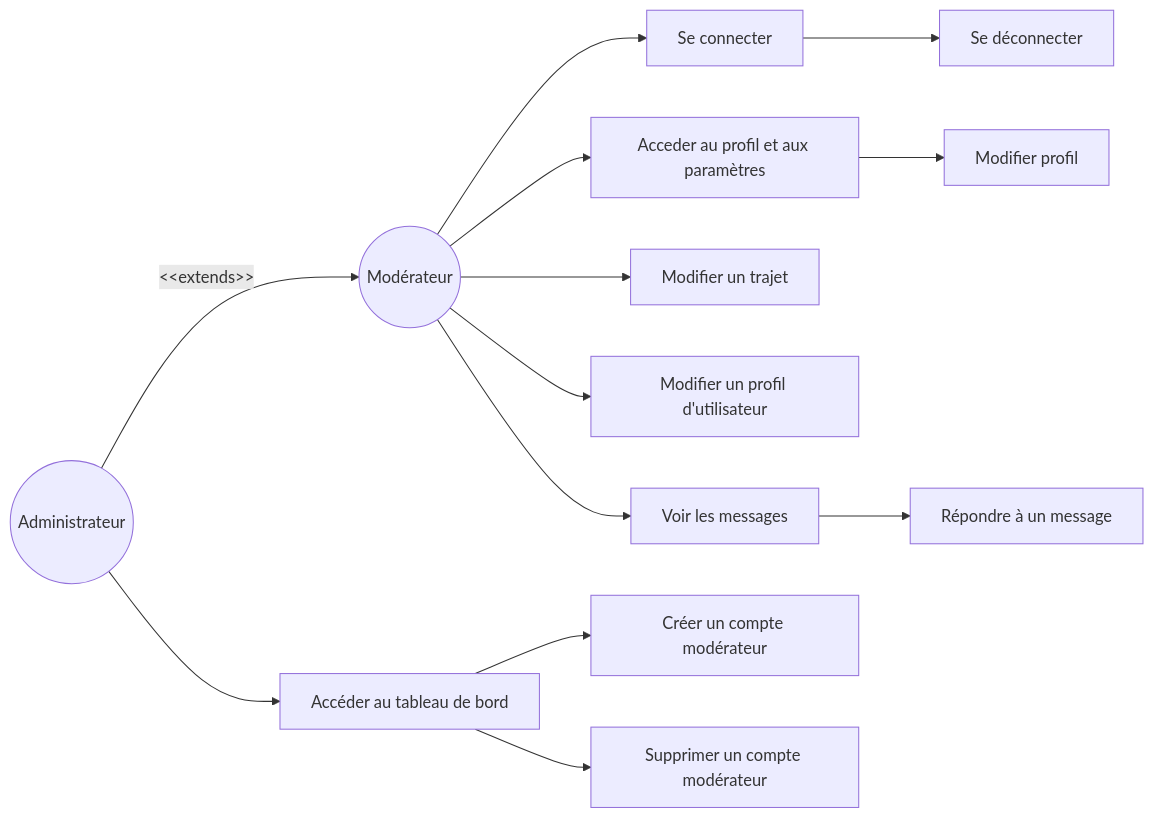
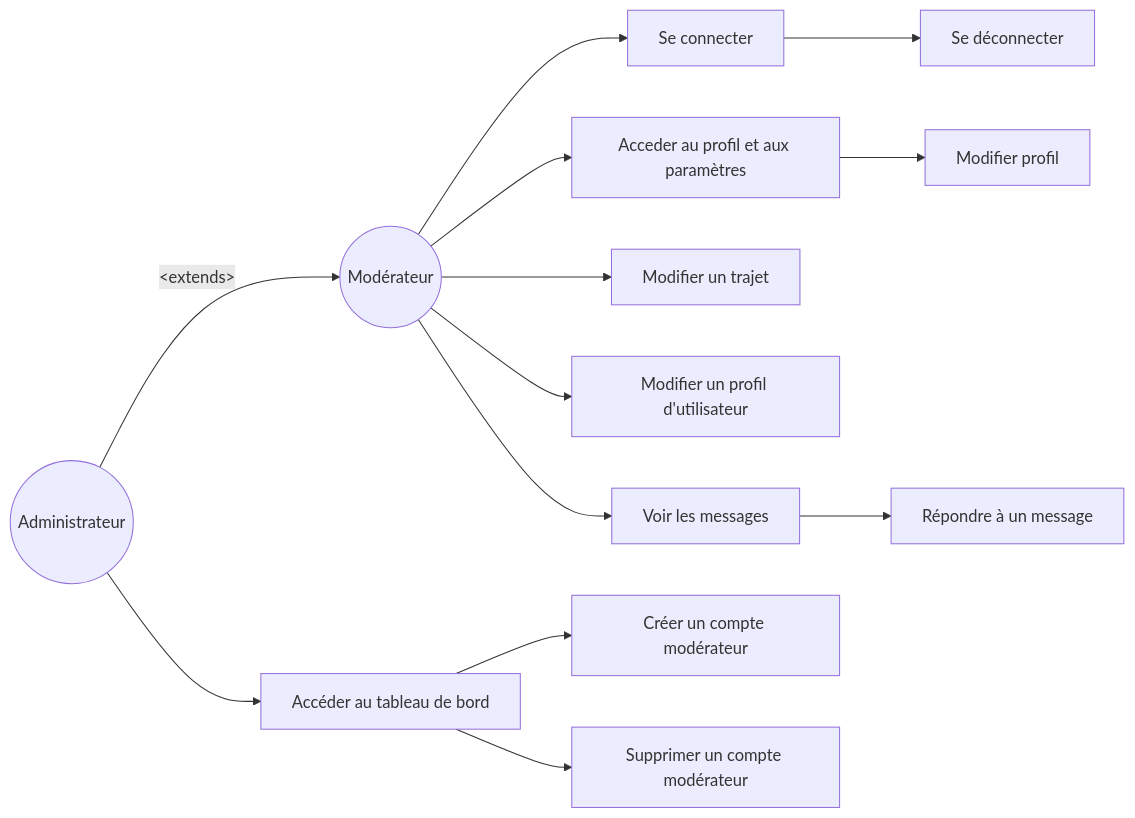
Before and after one commit to Anarchick/EcoRide: the diagram in diagrams/flowchart/usecase2.mmd, drawn with Mermaid. The commit also changed 3 other files, not shown here.

Commit message:
update diagrams

```diff
--- a/diagrams/flowchart/usecase2.mmd
+++ b/diagrams/flowchart/usecase2.mmd
@@ -1,18 +1,18 @@
 flowchart LR
 modo((Modérateur))
 admin((Administrateur))
 
 modo --> /login[Se connecter]
 /login --> /logout[Se déconnecter]
 modo --> /profil[Acceder au profil et aux paramètres]
 /profil --> /profil/edit[Modifier profil]
 modo --> /travels/edit[Modifier un trajet]
 modo --> /profils/edit[Modifier un profil d'utilisateur]
 modo --> /contact/view[Voir les messages]
 /contact/view --> /contact/reply[Répondre à un message]
 
 admin --> /admin/dashboard[Accéder au tableau de bord]
 /admin/dashboard --> /admin/modo/create[Créer un compte modérateur]
 /admin/dashboard --> /admin/modo/delete[Supprimer un compte modérateur]
 
-admin -->|&lt;&lt;extends&gt;&gt;| modo
+admin -->|&lt;extends&gt;| modo
```
